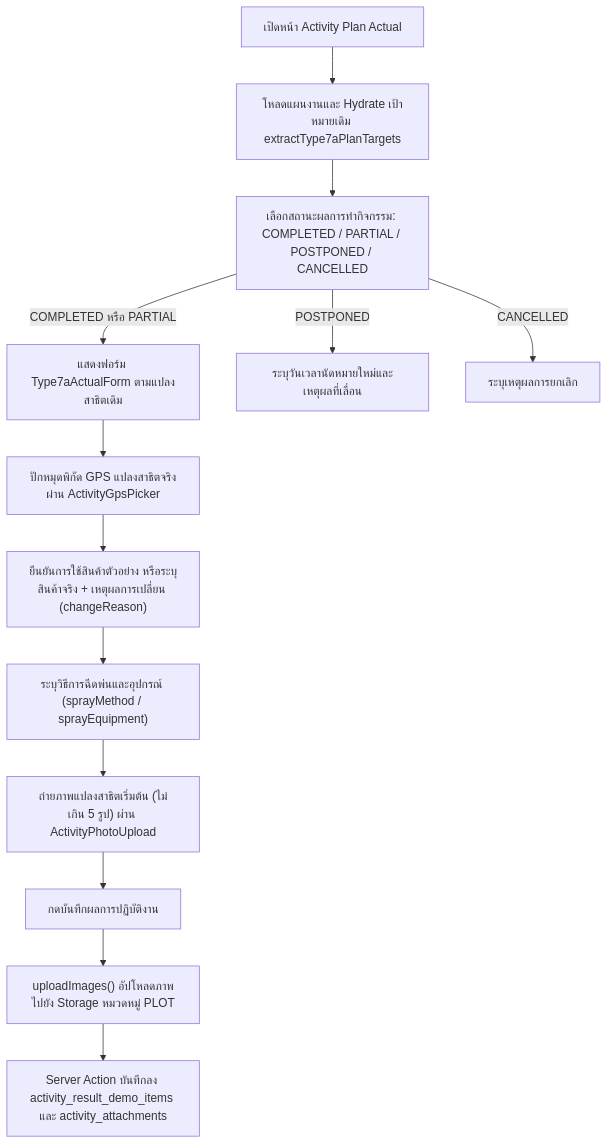
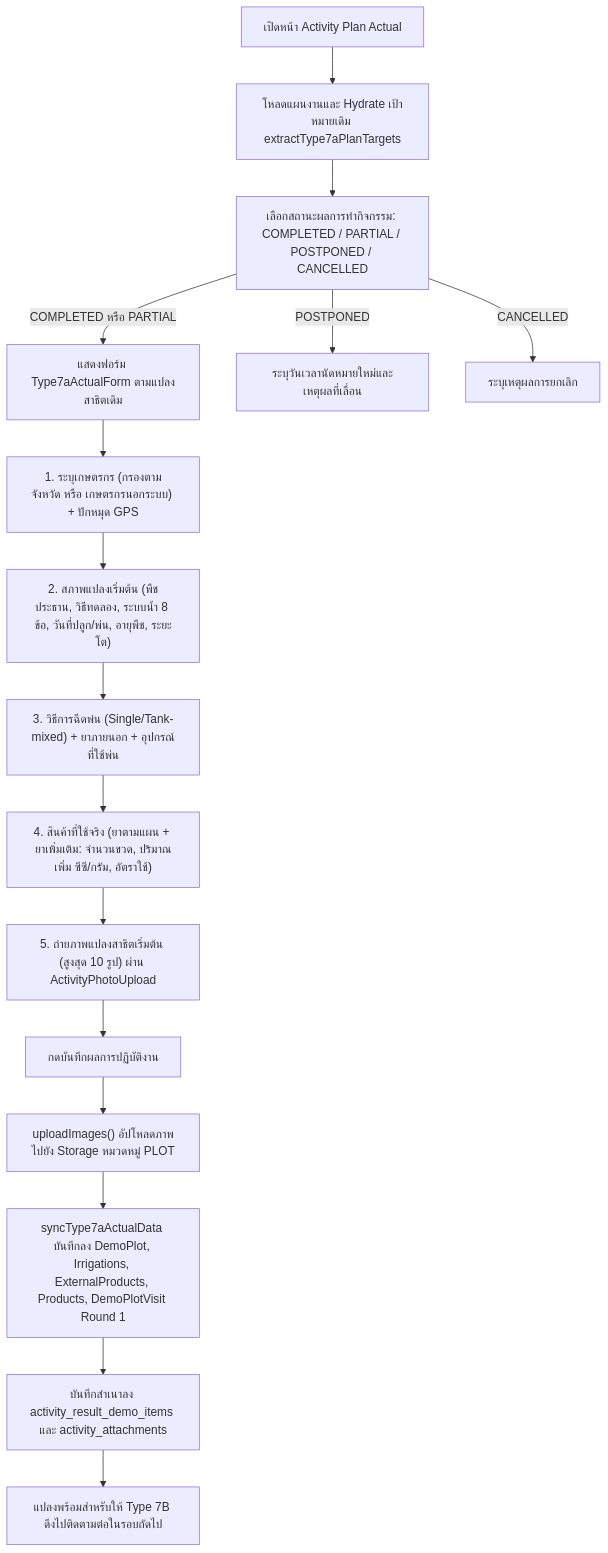
The second of 3 diagrams in modules/activity/features/type-7a/README.md (bankhk10/crm-bank), drawn with Mermaid before and after one commit. The commit also changed other lines of this file and 21 other files, not shown here.

````diff
--- a/modules/activity/features/type-7a/README.md
+++ b/modules/activity/features/type-7a/README.md
@@ -78,15 +82,18 @@
 ```mermaid
 graph TD
     A["เปิดหน้า Activity Plan Actual"] --> B["โหลดแผนงานและ Hydrate เป้าหมายเดิม extractType7aPlanTargets"]
     B --> C["เลือกสถานะผลการทำกิจกรรม: COMPLETED / PARTIAL / POSTPONED / CANCELLED"]
     C -->|"COMPLETED หรือ PARTIAL"| D["แสดงฟอร์ม Type7aActualForm ตามแปลงสาธิตเดิม"]
-    D --> E["ปักหมุดพิกัด GPS แปลงสาธิตจริงผ่าน ActivityGpsPicker"]
-    E --> F["ยืนยันการใช้สินค้าตัวอย่าง หรือระบุสินค้าจริง + เหตุผลการเปลี่ยน (changeReason)"]
-    F --> G["ระบุวิธีการฉีดพ่นและอุปกรณ์ (sprayMethod / sprayEquipment)"]
-    G --> H["ถ่ายภาพแปลงสาธิตเริ่มต้น (ไม่เกิน 5 รูป) ผ่าน ActivityPhotoUpload"]
-    H --> I["กดบันทึกผลการปฏิบัติงาน"]
-    I --> J["uploadImages() อัปโหลดภาพไปยัง Storage หมวดหมู่ PLOT"]
-    J --> K["Server Action บันทึกลง activity_result_demo_items และ activity_attachments"]
-    C -->|"POSTPONED"| L["ระบุวันเวลานัดหมายใหม่และเหตุผลที่เลื่อน"]
-    C -->|"CANCELLED"| M["ระบุเหตุผลการยกเลิก"]
+    D --> E["1. ระบุเกษตรกร (กรองตามจังหวัด หรือ เกษตรกรนอกระบบ) + ปักหมุด GPS"]
+    E --> F["2. สภาพแปลงเริ่มต้น (พืชประธาน, วิธีทดลอง, ระบบน้ำ 8 ข้อ, วันที่ปลูก/พ่น, อายุพืช, ระยะโต)"]
+    F --> G["3. วิธีการฉีดพ่น (Single/Tank-mixed) + ยาภายนอก + อุปกรณ์ที่ใช้พ่น"]
+    G --> H["4. สินค้าที่ใช้จริง (ยาตามแผน + ยาเพิ่มเติม: จำนวนขวด, ปริมาณเพิ่ม ซีซี/กรัม, อัตราใช้)"]
+    H --> I["5. ถ่ายภาพแปลงสาธิตเริ่มต้น (สูงสุด 10 รูป) ผ่าน ActivityPhotoUpload"]
+    I --> J["กดบันทึกผลการปฏิบัติงาน"]
+    J --> K["uploadImages() อัปโหลดภาพไปยัง Storage หมวดหมู่ PLOT"]
+    K --> L["syncType7aActualData บันทึกลง DemoPlot, Irrigations, ExternalProducts, Products, DemoPlotVisit Round 1"]
+    L --> M["บันทึกสำเนาลง activity_result_demo_items และ activity_attachments"]
+    M --> N["แปลงพร้อมสำหรับให้ Type 7B ดึงไปติดตามต่อในรอบถัดไป"]
+    C -->|"POSTPONED"| O["ระบุวันเวลานัดหมายใหม่และเหตุผลที่เลื่อน"]
+    C -->|"CANCELLED"| P["ระบุเหตุผลการยกเลิก"]
 ```
````
